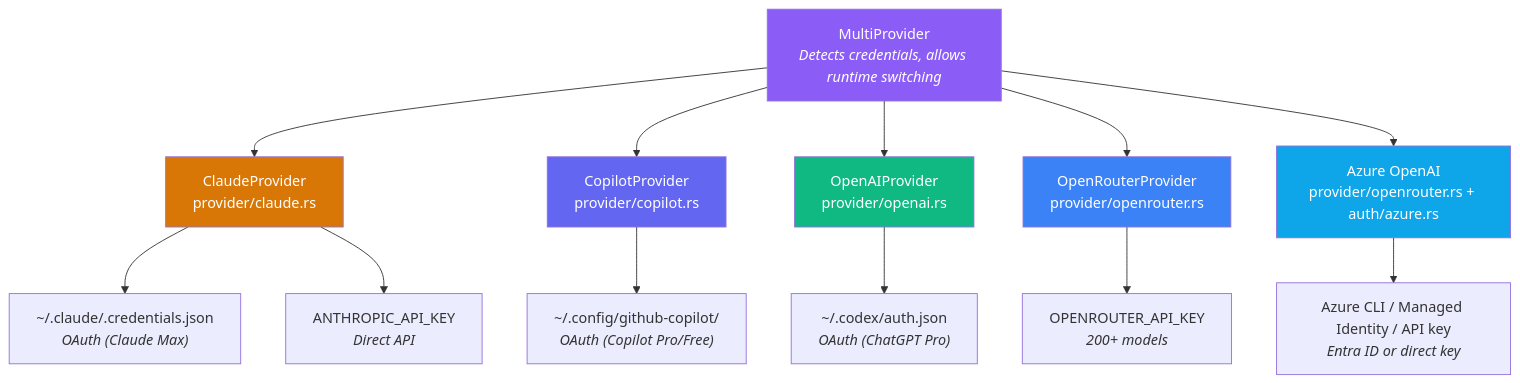
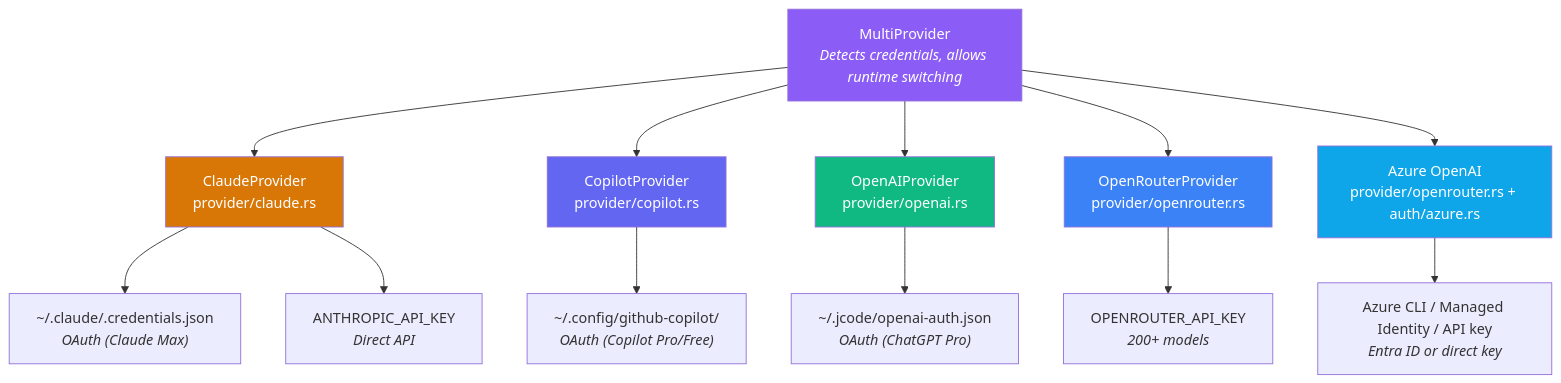
Before and after one commit to zipadoodlez/kcode: the second of 12 diagrams in README.md, drawn with Mermaid. The commit also changed other lines of this file, not shown here.

````diff
--- a/README.md
+++ b/README.md
@@ -253,24 +301,24 @@
 ```mermaid
 graph TB
     MP["MultiProvider<br><i>Detects credentials, allows runtime switching</i>"]
 
     MP --> Claude["ClaudeProvider<br>provider/claude.rs"]
     MP --> Copilot["CopilotProvider<br>provider/copilot.rs"]
     MP --> OpenAI["OpenAIProvider<br>provider/openai.rs"]
     MP --> OR["OpenRouterProvider<br>provider/openrouter.rs"]
     MP --> Azure["Azure OpenAI<br>provider/openrouter.rs + auth/azure.rs"]
 
     Claude --> ClaudeCreds["~/.claude/.credentials.json<br><i>OAuth (Claude Max)</i>"]
     Claude --> APIKey["ANTHROPIC_API_KEY<br><i>Direct API</i>"]
     Copilot --> GHCreds["~/.config/github-copilot/<br><i>OAuth (Copilot Pro/Free)</i>"]
-    OpenAI --> CodexCreds["~/.codex/auth.json<br><i>OAuth (ChatGPT Pro)</i>"]
+    OpenAI --> CodexCreds["~/.jcode/openai-auth.json<br><i>OAuth (ChatGPT Pro)</i>"]
     OR --> ORKey["OPENROUTER_API_KEY<br><i>200+ models</i>"]
     Azure --> AzureCreds["Azure CLI / Managed Identity / API key<br><i>Entra ID or direct key</i>"]
 
     style MP fill:#8b5cf6,color:#fff
     style Claude fill:#d97706,color:#fff
     style Copilot fill:#6366f1,color:#fff
     style OpenAI fill:#10b981,color:#fff
     style OR fill:#3b82f6,color:#fff
     style Azure fill:#0ea5e9,color:#fff
 ```
````
